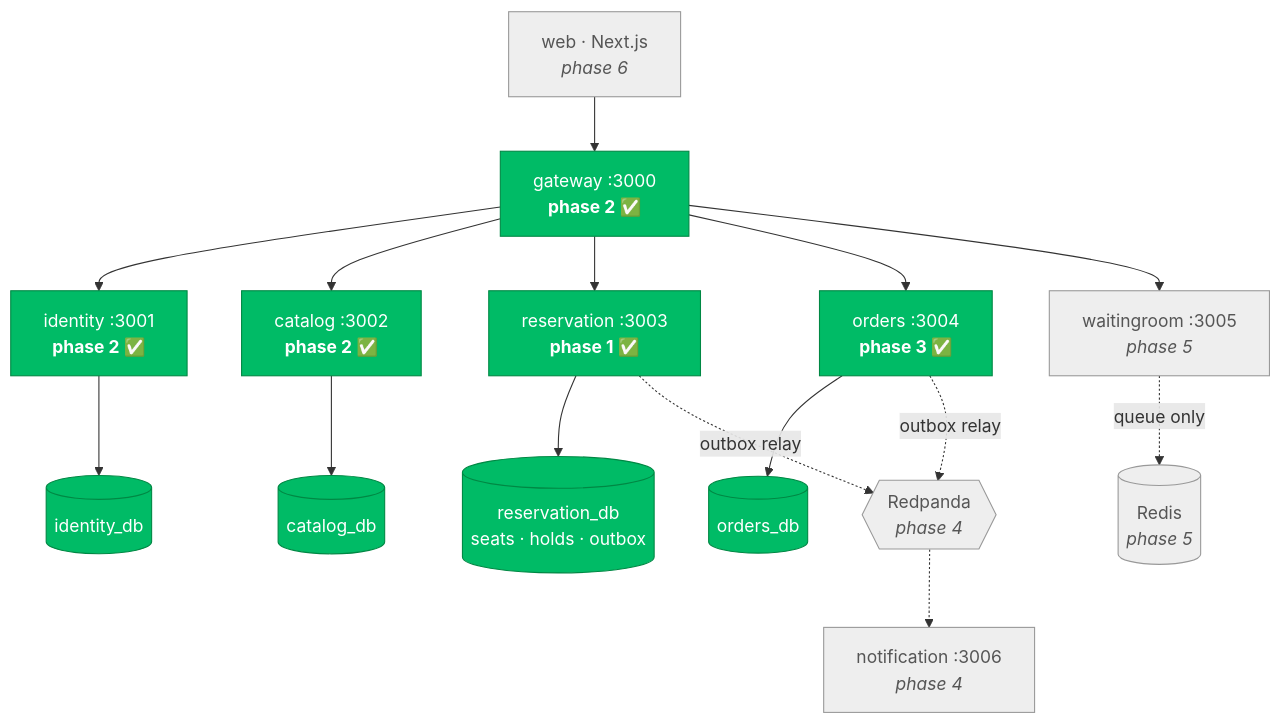
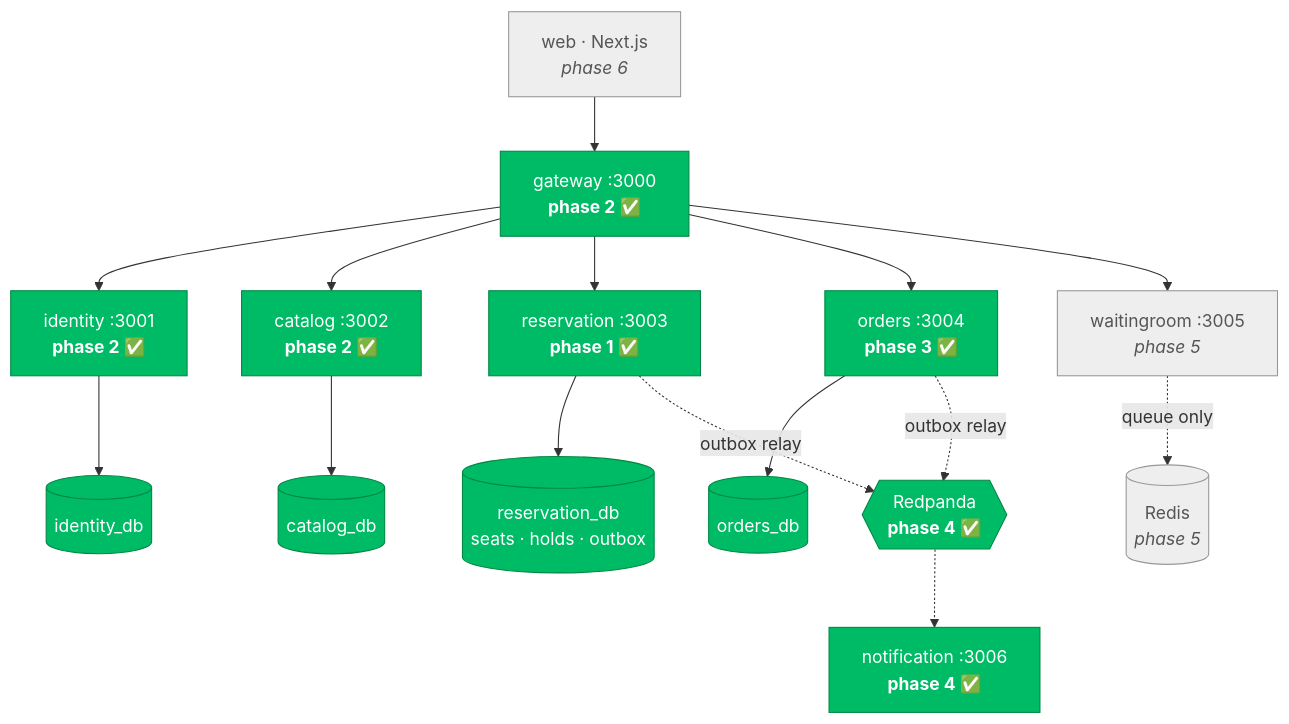
Before and after one commit to arpit15006/TicketingSystem: the diagram in README.md, drawn with Mermaid. The commit also changed other lines of this file and 33 other files, not shown here.

First line of the commit message:
Phase 4: Kafka, the transactional outbox relay and notification

````diff
--- a/README.md
+++ b/README.md
@@ -214,21 +236,21 @@
 ```mermaid
 graph TD
   web[web · Next.js<br/><i>phase 6</i>] --> gw[gateway :3000<br/><b>phase 2 ✅</b>]
   gw --> id[identity :3001<br/><b>phase 2 ✅</b>]
   gw --> cat[catalog :3002<br/><b>phase 2 ✅</b>]
   gw --> res[reservation :3003<br/><b>phase 1 ✅</b>]
   gw --> ord[orders :3004<br/><b>phase 3 ✅</b>]
   gw --> wr[waitingroom :3005<br/><i>phase 5</i>]
   res --> resdb[(reservation_db<br/>seats · holds · outbox)]
   ord --> orddb[(orders_db)]
   id --> iddb[(identity_db)]
   cat --> catdb[(catalog_db)]
-  res -.outbox relay.-> kafka{{Redpanda<br/><i>phase 4</i>}}
+  res -.outbox relay.-> kafka{{Redpanda<br/><b>phase 4 ✅</b>}}
   ord -.outbox relay.-> kafka
-  kafka -.-> notif[notification :3006<br/><i>phase 4</i>]
+  kafka -.-> notif[notification :3006<br/><b>phase 4 ✅</b>]
   wr -.queue only.-> redis[(Redis<br/><i>phase 5</i>)]
   classDef done fill:#0b6,stroke:#084,color:#fff
   classDef todo fill:#eee,stroke:#999,color:#555
-  class res,gw,id,cat,ord,resdb,iddb,catdb,orddb done
-  class web,wr,notif,kafka,redis todo
+  class res,gw,id,cat,ord,notif,kafka,resdb,iddb,catdb,orddb done
+  class web,wr,redis todo
 ```
````
